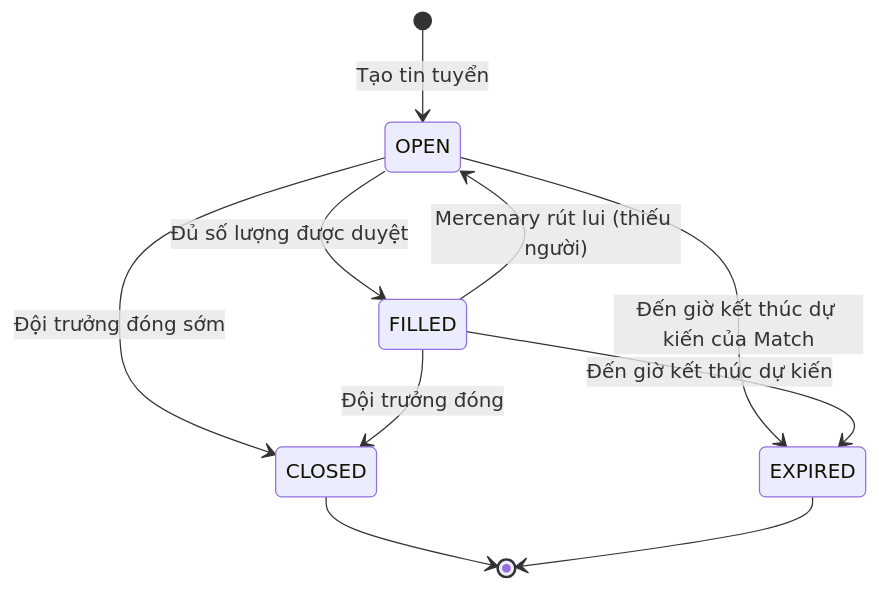
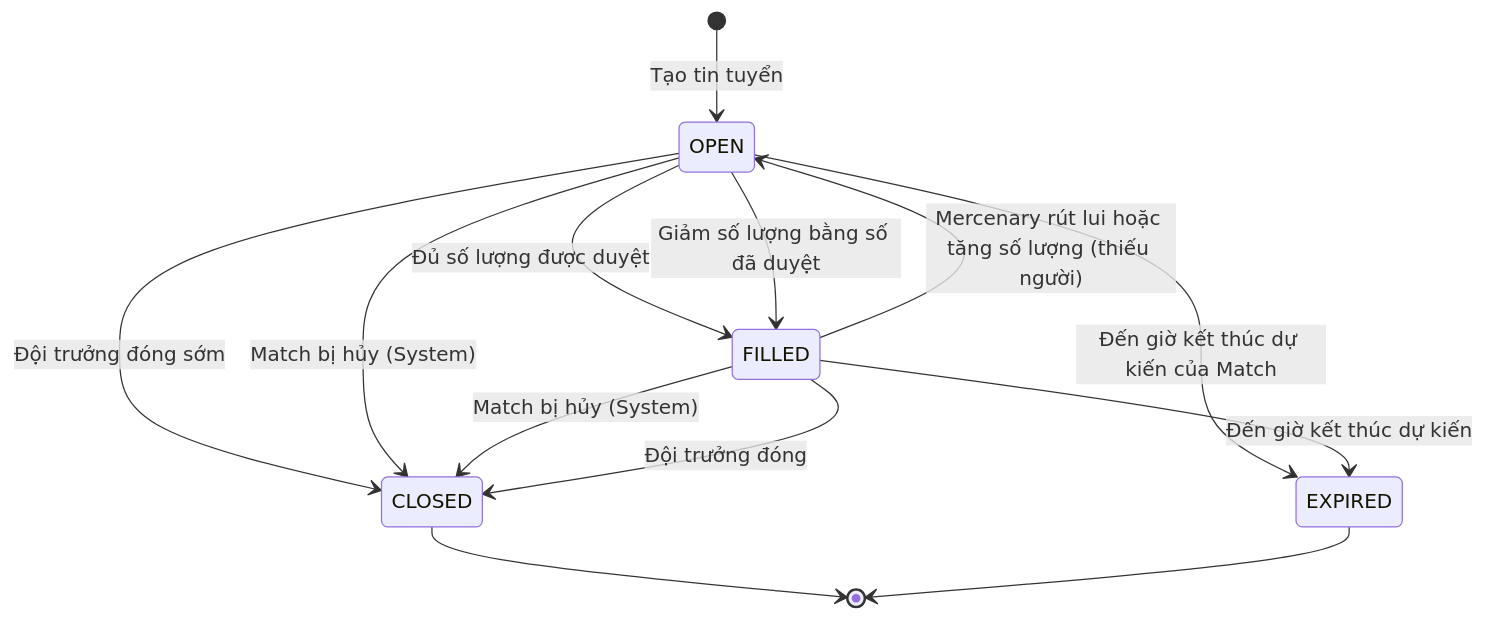
Before and after one commit to phananh2005/ArenaFlow-be: the fourth of 6 diagrams in docs/agent/business-spec/SYSTEM-001/Business_Rules.md, drawn with Mermaid. The commit also changed other lines of this file and 4 other files, not shown here.

First line of the commit message:
docs(MERCENARY-001): SRS SYSTEM-001 v1.9 — mercenary recruitment rules

````diff
--- a/docs/agent/business-spec/SYSTEM-001/Business_Rules.md
+++ b/docs/agent/business-spec/SYSTEM-001/Business_Rules.md
@@ -186,12 +202,15 @@
 ```mermaid
 stateDiagram-v2
     [*] --> OPEN: Tạo tin tuyển
     OPEN --> FILLED: Đủ số lượng được duyệt
     OPEN --> EXPIRED: Đến giờ kết thúc dự kiến của Match
     OPEN --> CLOSED: Đội trưởng đóng sớm
-    FILLED --> OPEN: Mercenary rút lui (thiếu người)
+    FILLED --> OPEN: Mercenary rút lui hoặc tăng số lượng (thiếu người)
+    OPEN --> FILLED: Giảm số lượng bằng số đã duyệt
+    OPEN --> CLOSED: Match bị hủy (System)
+    FILLED --> CLOSED: Match bị hủy (System)
     FILLED --> EXPIRED: Đến giờ kết thúc dự kiến
     FILLED --> CLOSED: Đội trưởng đóng
     CLOSED --> [*]
     EXPIRED --> [*]
 ```
````
